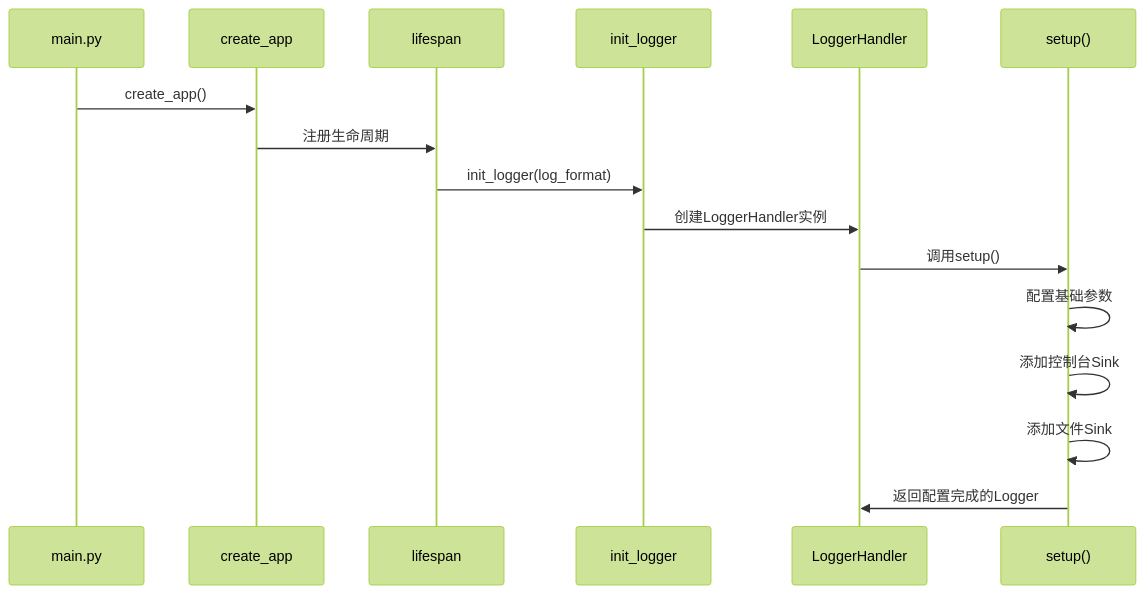
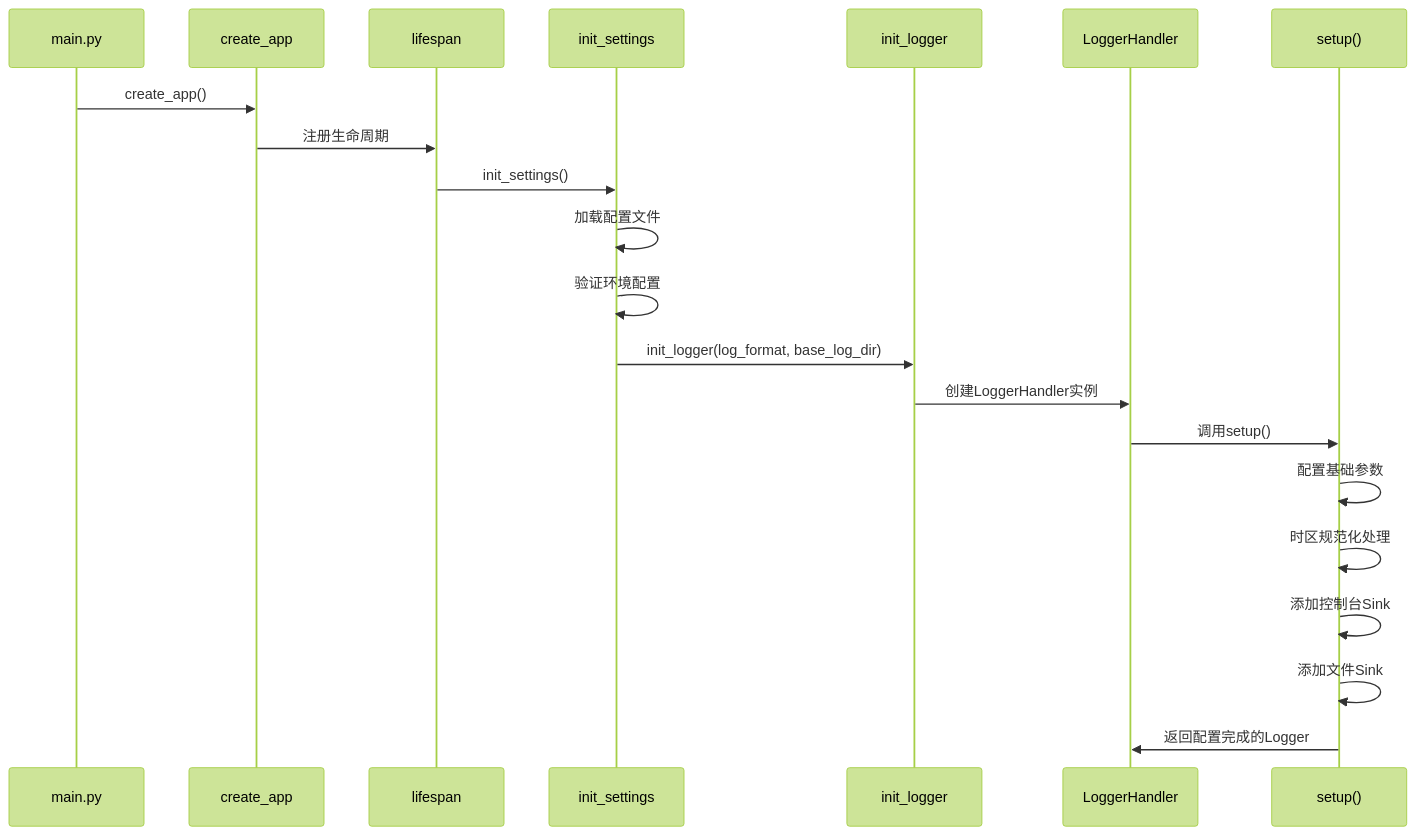
Before and after one commit to lilinzezzzzzz/fastapi-backend: the fifth of 12 diagrams in .qoder/repowiki/zh/content/部署运维/监控与日志管理/日志处理器.md, drawn with Mermaid (forest theme). The commit also changed other lines of this file and 42 other files, not shown here.

````diff
--- a/.qoder/repowiki/zh/content/部署运维/监控与日志管理/日志处理器.md
+++ b/.qoder/repowiki/zh/content/部署运维/监控与日志管理/日志处理器.md
@@ -214,18 +387,23 @@
 ```mermaid
 sequenceDiagram
 participant Main as main.py
 participant App as create_app
 participant Lifespan as lifespan
-participant Init as init_logger
+participant Config as init_settings
+participant Logger as init_logger
 participant Handler as LoggerHandler
 participant Setup as setup()
 Main->>App : create_app()
 App->>Lifespan : 注册生命周期
-Lifespan->>Init : init_logger(log_format)
-Init->>Handler : 创建LoggerHandler实例
+Lifespan->>Config : init_settings()
+Config->>Config : 加载配置文件
+Config->>Config : 验证环境配置
+Config->>Logger : init_logger(log_format, base_log_dir)
+Logger->>Handler : 创建LoggerHandler实例
 Handler->>Setup : 调用setup()
 Setup->>Setup : 配置基础参数
+Setup->>Setup : 时区规范化处理
 Setup->>Setup : 添加控制台Sink
 Setup->>Setup : 添加文件Sink
 Setup->>Handler : 返回配置完成的Logger
 ```
````
